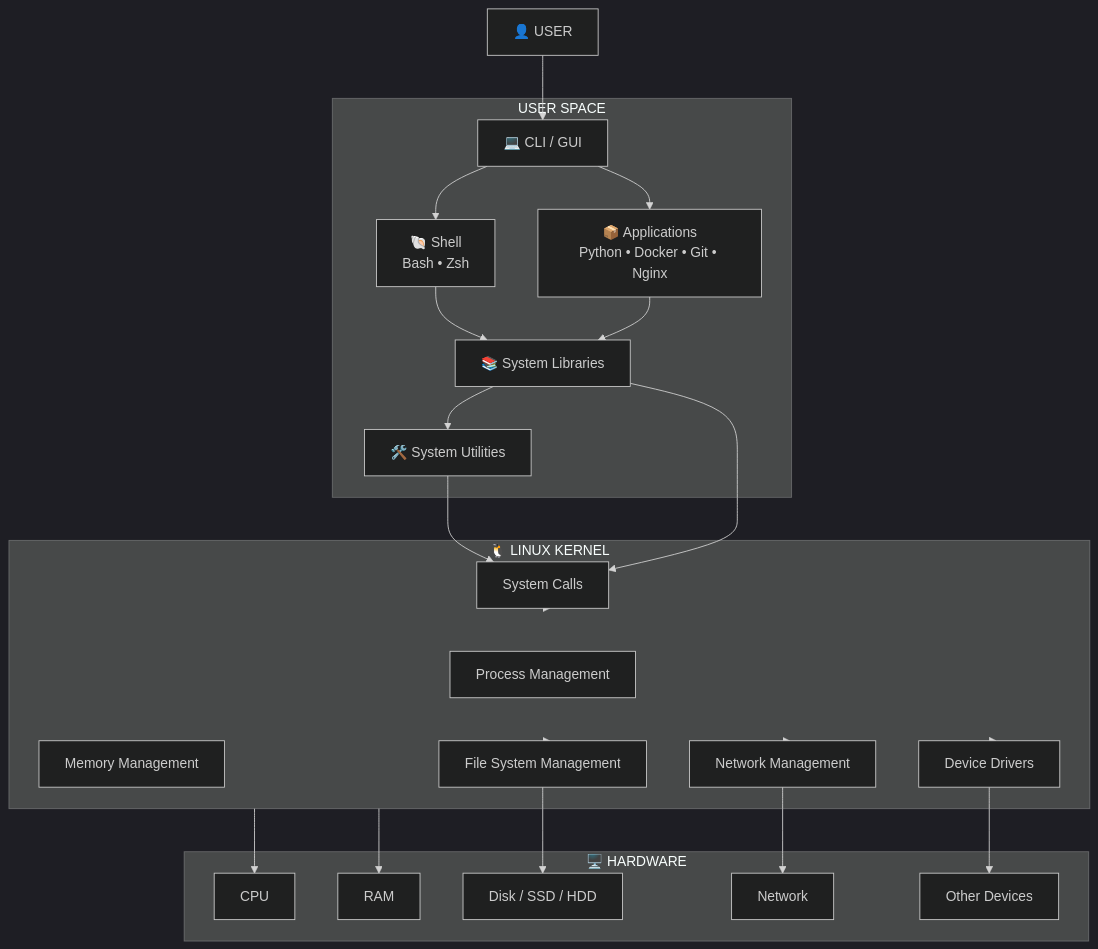
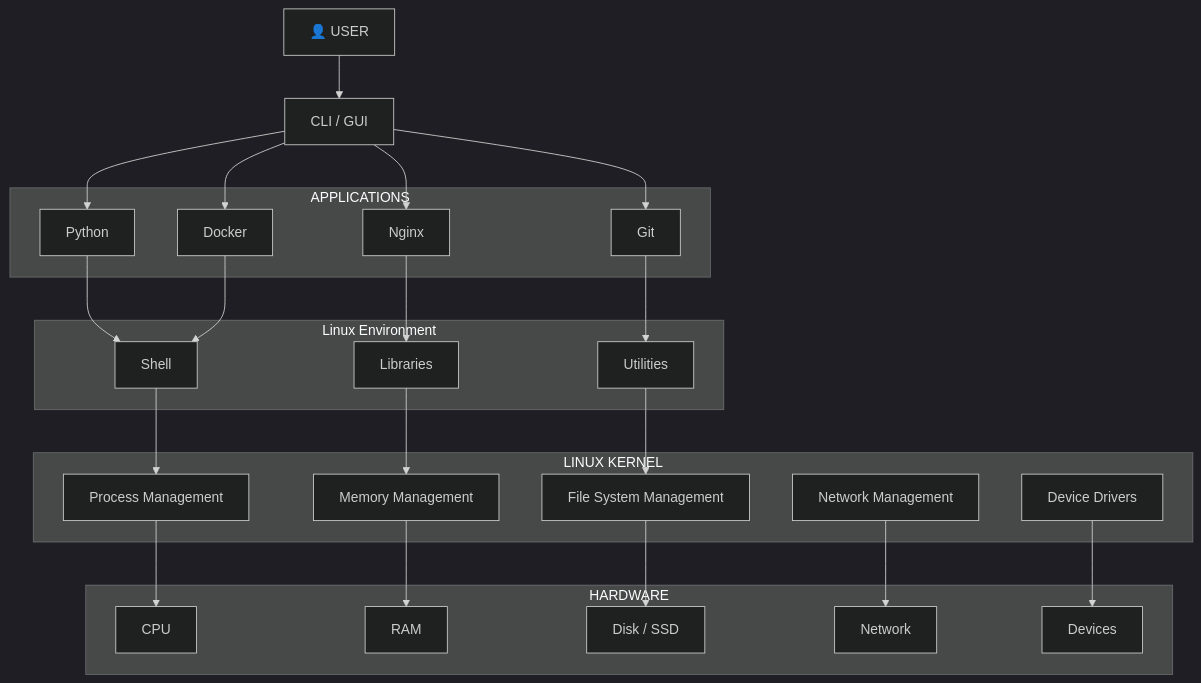
The first of 2 diagrams in Linux/02-Fundamentals-Of-Linux/README.md (Yuvii2102/My-Devops-Cloud-Journey), drawn with Mermaid (dark theme) before and after one commit. The commit also changed other lines of this file, not shown here.

````diff
--- a/Linux/02-Fundamentals-Of-Linux/README.md
+++ b/Linux/02-Fundamentals-Of-Linux/README.md
@@ -25,47 +1301,57 @@
 ```mermaid
-flowchart TD
-    U["👤 USER"]
+flowchart TB
 
-    subgraph US["USER SPACE"]
-        CLI["💻 CLI / GUI"]
-        APP["📦 Applications<br/>Python • Docker • Git • Nginx"]
-        SHELL["🐚 Shell<br/>Bash • Zsh"]
-        LIB["📚 System Libraries"]
-        UTIL["🛠️ System Utilities"]
+    USER["👤 USER"]
+
+    CLI["CLI / GUI"]
+
+    subgraph APP["APPLICATIONS"]
+        PY["Python"]
+        DK["Docker"]
+        NG["Nginx"]
+        GT["Git"]
     end
 
-    subgraph K["🐧 LINUX KERNEL"]
+    subgraph ENV["Linux Environment"]
+        SH["Shell"]
+        LB["Libraries"]
+        UT["Utilities"]
+    end
+
+    subgraph KERNEL["LINUX KERNEL"]
         PM["Process Management"]
         MM["Memory Management"]
-        FS["File System Management"]
         NM["Network Management"]
-        DD["Device Drivers"]
-        SC["System Calls"]
+        FM["File System Management"]
+        DR["Device Drivers"]
     end
 
-    subgraph H["🖥️ HARDWARE"]
+    subgraph HW["HARDWARE"]
         CPU["CPU"]
         RAM["RAM"]
-        DISK["Disk / SSD / HDD"]
+        DISK["Disk / SSD"]
         NET["Network"]
-        DEV["Other Devices"]
+        DEV["Devices"]
     end
 
-    U --> CLI
-    CLI --> SHELL
-    CLI --> APP
-    SHELL --> LIB
-    APP --> LIB
-    LIB --> UTIL
-    UTIL --> SC
-    LIB --> SC
-    SC --> K
-    K --> CPU
-    K --> RAM
-    K --> FS
-    K --> NM
-    K --> DD
-    FS --> DISK
+    USER --> CLI
+    CLI --> PY
+    CLI --> DK
+    CLI --> NG
+    CLI --> GT
+
+    PY --> SH
+    DK --> SH
+    NG --> LB
+    GT --> UT
+
+    SH --> PM
+    LB --> MM
+    UT --> FM
+
+    PM --> CPU
+    MM --> RAM
+    FM --> DISK
     NM --> NET
-    DD --> DEV
+    DR --> DEV
 ```
````
